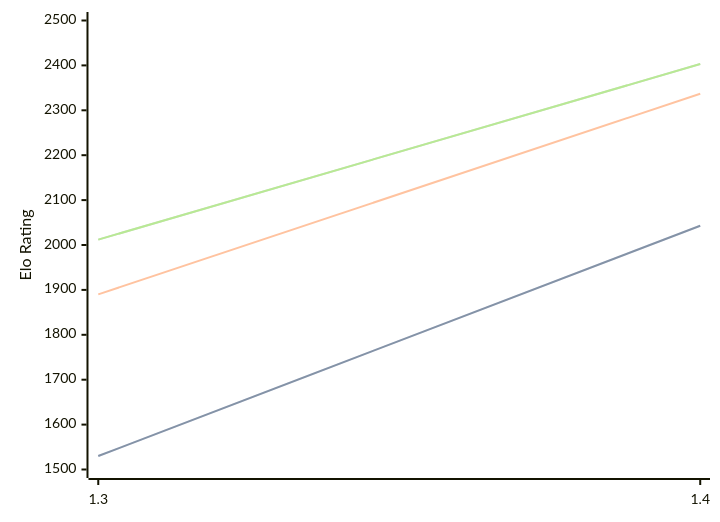
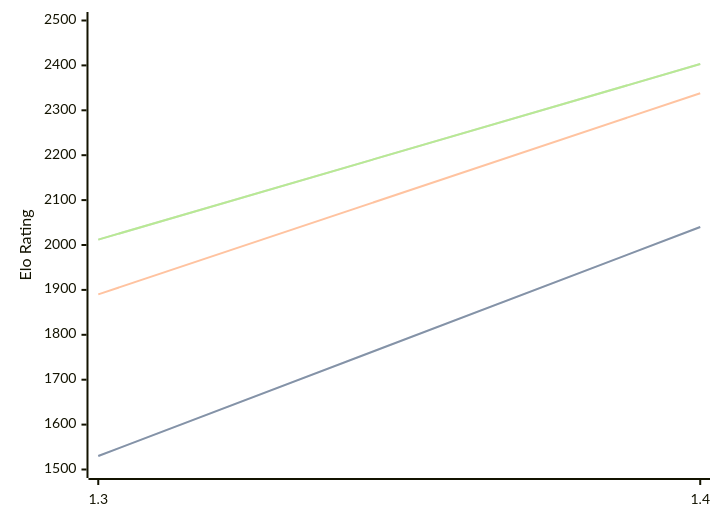
The diagram in engines/Facon.md (computer-chess-index/cci), drawn with Mermaid before and after one commit. The commit also changed other lines of this file, not shown here.

````diff
--- a/engines/Facon.md
+++ b/engines/Facon.md
@@ -35,11 +35,11 @@
 ```mermaid
 %%{init: {"theme":"base","themeVariables":{"seriesColors:['#a3a3a3','#222221','#faa371']}}}%%
 xychart-beta
   x-axis ["1.3", "1.4"]
   y-axis "Elo Rating" 1500 --> 2500
-  line "STC (8.0+0.08s)" [1530, 2043]
-  line "STC (8.0+0.08s)" [1530, 2043]
-  line "LTC (60.0+0.60s)" [1890, 2337]
+  line "STC (8.0+0.08s)" [1530, 2040]
+  line "STC (8.0+0.08s)" [1530, 2040]
+  line "LTC (60.0+0.60s)" [1890, 2338]
   line "VLTC (2m24s+1.12s)" [2012, 2403]
   line "VLTC (2m24s+1.12s)" [2012, 2403]
 ```
````
